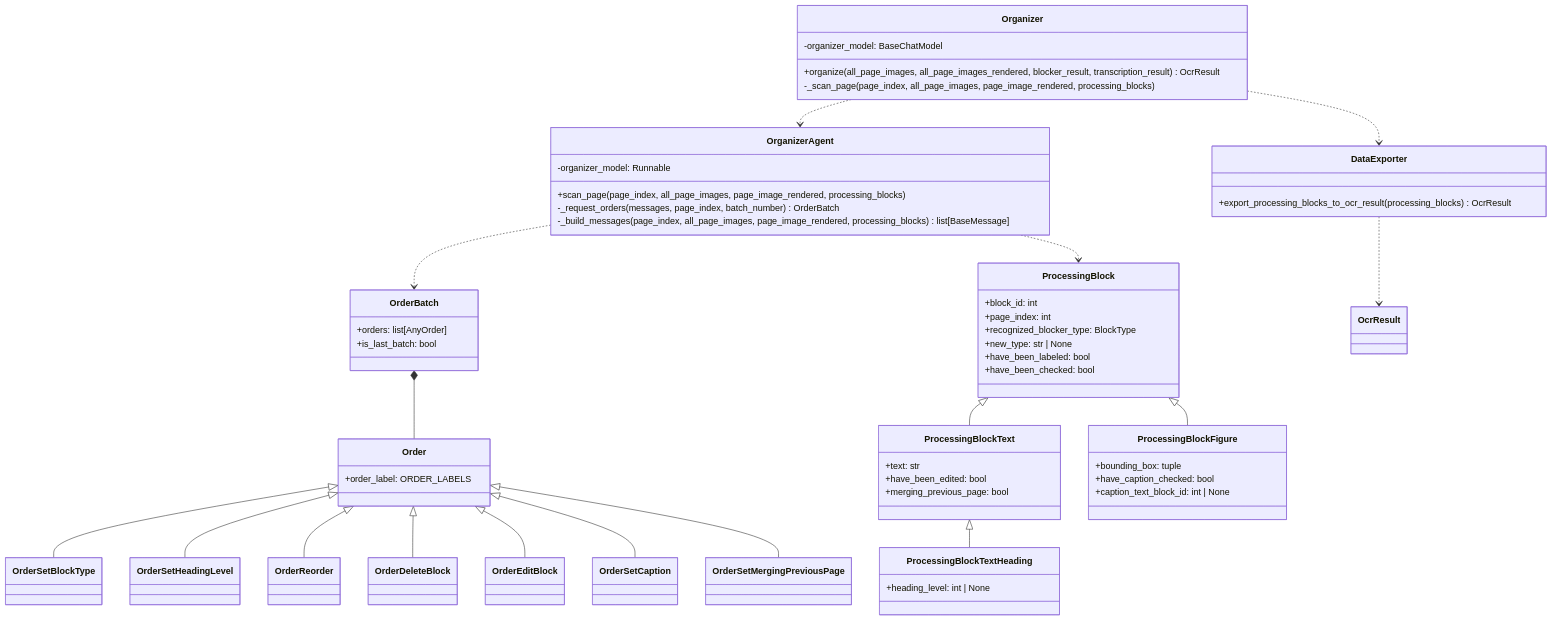
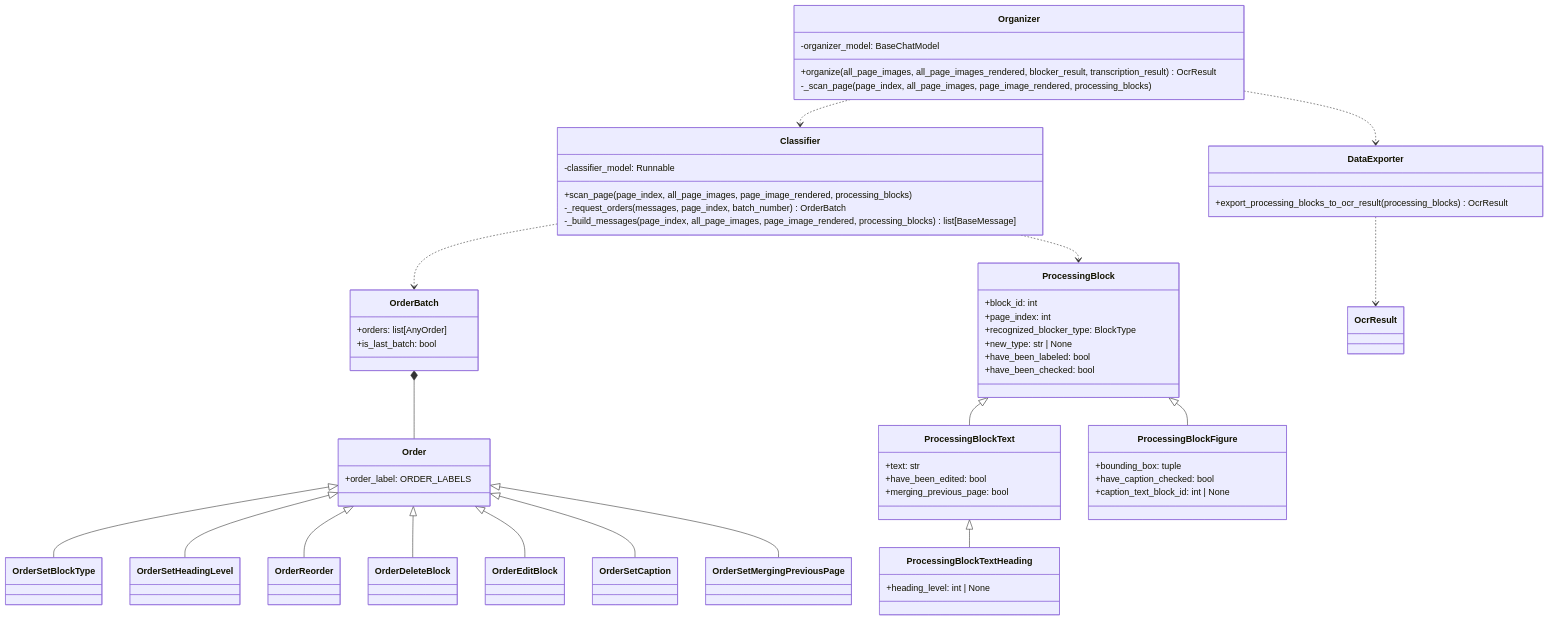
One commit to konbraphat51/SuperSuat changed the first of 2 diagrams in Uploader/OcrModule/Blocked/Docs/StructureOrganizer.ja.md. Above: the diagram before and after it, drawn with Mermaid. The commit also changed other lines of this file and 6 other files, not shown here.

Commit message:
refac: move the page-organizing agent into Classifier/

````diff
--- a/Uploader/OcrModule/Blocked/Docs/StructureOrganizer.ja.md
+++ b/Uploader/OcrModule/Blocked/Docs/StructureOrganizer.ja.md
@@ -12,61 +12,61 @@
 ```mermaid
 classDiagram
     class Organizer {
         -organizer_model: BaseChatModel
         +organize(all_page_images, all_page_images_rendered, blocker_result, transcription_result) OcrResult
         -_scan_page(page_index, all_page_images, page_image_rendered, processing_blocks)
     }
-    class OrganizerAgent {
-        -organizer_model: Runnable
+    class Classifier {
+        -classifier_model: Runnable
         +scan_page(page_index, all_page_images, page_image_rendered, processing_blocks)
         -_request_orders(messages, page_index, batch_number) OrderBatch
         -_build_messages(page_index, all_page_images, page_image_rendered, processing_blocks) list[BaseMessage]
     }
     class OrderBatch {
         +orders: list[AnyOrder]
         +is_last_batch: bool
     }
     class Order {
         +order_label: ORDER_LABELS
     }
     class ProcessingBlock {
         +block_id: int
         +page_index: int
         +recognized_blocker_type: BlockType
         +new_type: str | None
         +have_been_labeled: bool
         +have_been_checked: bool
     }
     class ProcessingBlockText {
         +text: str
         +have_been_edited: bool
         +merging_previous_page: bool
     }
     class ProcessingBlockTextHeading {
         +heading_level: int | None
     }
     class ProcessingBlockFigure {
         +bounding_box: tuple
         +have_caption_checked: bool
         +caption_text_block_id: int | None
     }
     class DataExporter {
         +export_processing_blocks_to_ocr_result(processing_blocks) OcrResult
     }
-    Organizer ..> OrganizerAgent
+    Organizer ..> Classifier
     Organizer ..> DataExporter
     DataExporter ..> OcrResult
-    OrganizerAgent ..> OrderBatch
+    Classifier ..> OrderBatch
     OrderBatch *-- Order
     Order <|-- OrderSetBlockType
     Order <|-- OrderSetHeadingLevel
     Order <|-- OrderReorder
     Order <|-- OrderDeleteBlock
     Order <|-- OrderEditBlock
     Order <|-- OrderSetCaption
     Order <|-- OrderSetMergingPreviousPage
     ProcessingBlock <|-- ProcessingBlockText
     ProcessingBlock <|-- ProcessingBlockFigure
     ProcessingBlockText <|-- ProcessingBlockTextHeading
-    OrganizerAgent ..> ProcessingBlock
+    Classifier ..> ProcessingBlock
 ```
````
